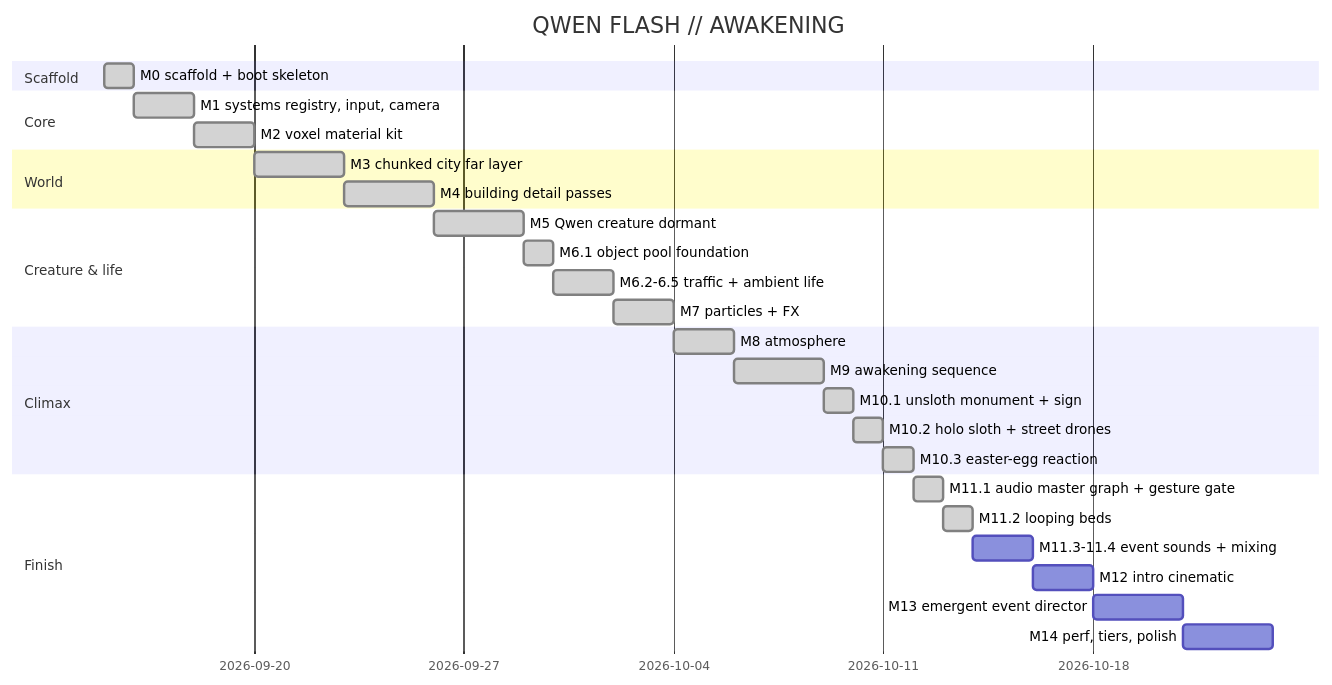
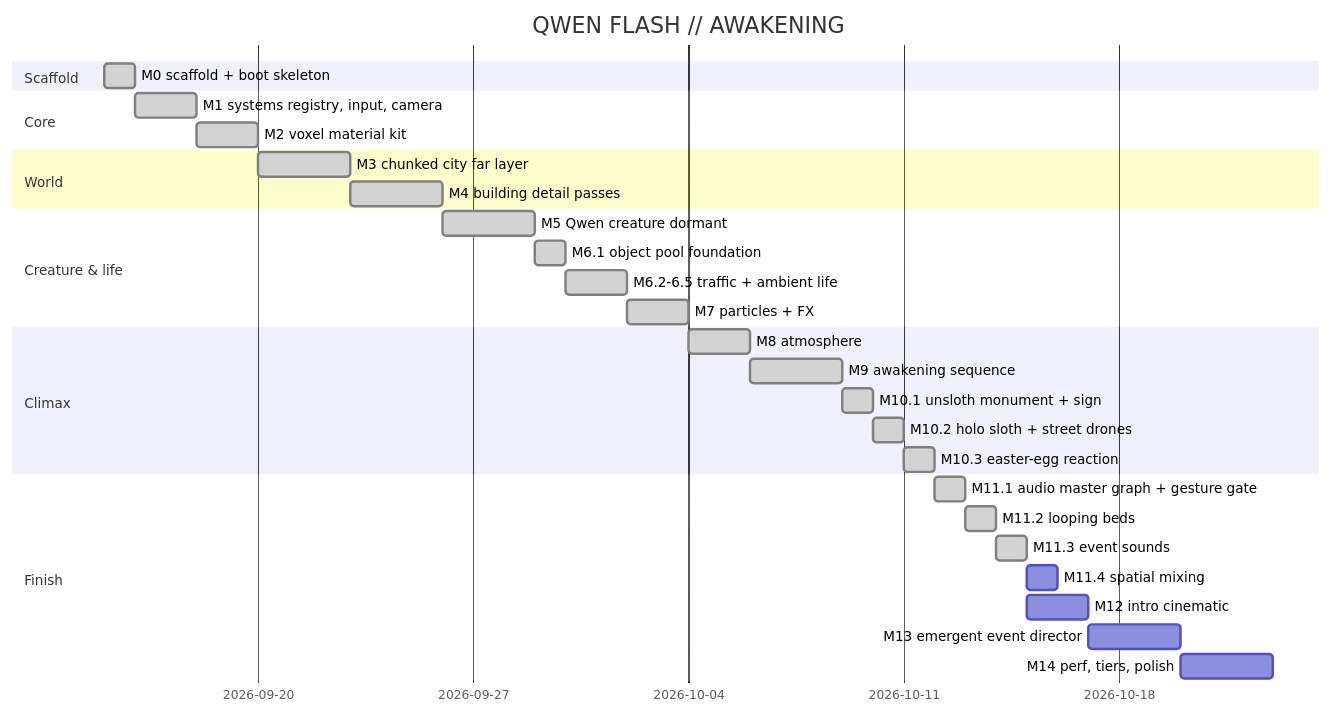
The diagram in brain/roadmap.md (dilled/3dVoxelDemo), drawn with Mermaid before and after one commit. The commit also changed other lines of this file and 34 other files, not shown here.

````diff
--- a/brain/roadmap.md
+++ b/brain/roadmap.md
@@ -12,31 +12,32 @@
 ```mermaid
 gantt
   title QWEN FLASH // AWAKENING
   dateFormat YYYY-MM-DD
   section Scaffold
   M0 scaffold + boot skeleton :done, m0, 2026-09-15, 1d
   section Core
   M1 systems registry, input, camera :done, m1, after m0, 2d
   M2 voxel material kit :done, m2, after m1, 2d
   section World
   M3 chunked city far layer :done, m3, after m2, 3d
   M4 building detail passes :done, m4, after m3, 3d
   section Creature & life
   M5 Qwen creature dormant :done, m5, after m4, 3d
   M6.1 object pool foundation :done, m61, after m5, 1d
   M6.2-6.5 traffic + ambient life :done, m6, after m61, 2d
   M7 particles + FX :done, m7, after m6, 2d
   section Climax
   M8 atmosphere :done, m8, after m7, 2d
   M9 awakening sequence :done, m9, after m8, 3d
   M10.1 unsloth monument + sign :done, m101, after m9, 1d
   M10.2 holo sloth + street drones :done, m102, after m101, 1d
   M10.3 easter-egg reaction :done, m103, after m102, 1d
   section Finish
   M11.1 audio master graph + gesture gate :done, m111, after m103, 1d
   M11.2 looping beds :done, m112, after m111, 1d
-  M11.3-11.4 event sounds + mixing :m11, after m112, 2d
+  M11.3 event sounds :done, m113, after m112, 1d
+  M11.4 spatial mixing :m114, after m113, 1d
   M12 intro cinematic :m12, after m11, 2d
   M13 emergent event director :m13, after m12, 3d
   M14 perf, tiers, polish :m14, after m13, 3d
 ```
````
